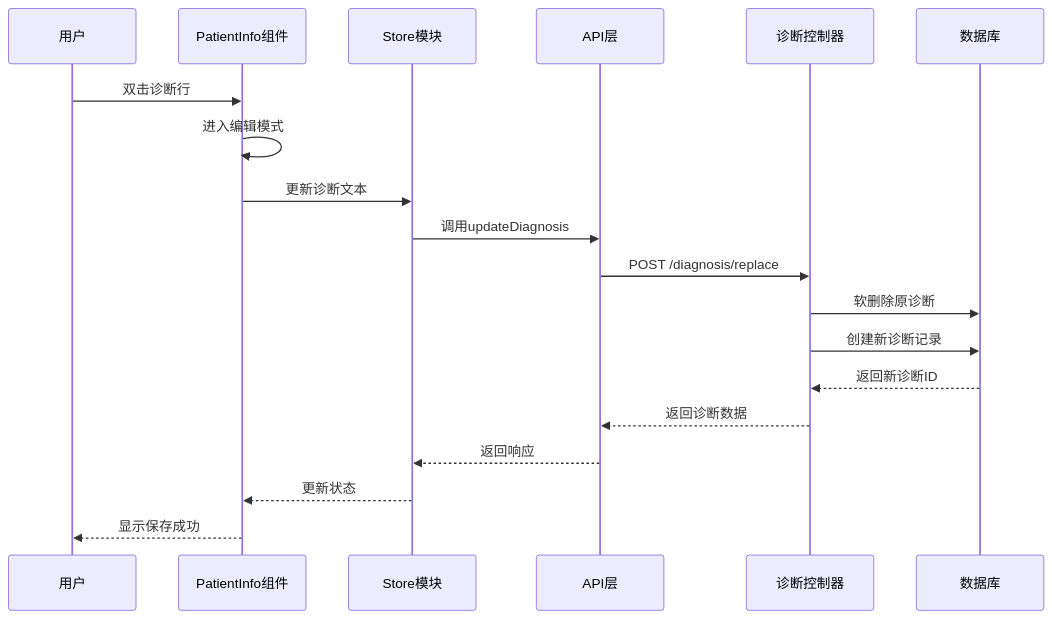
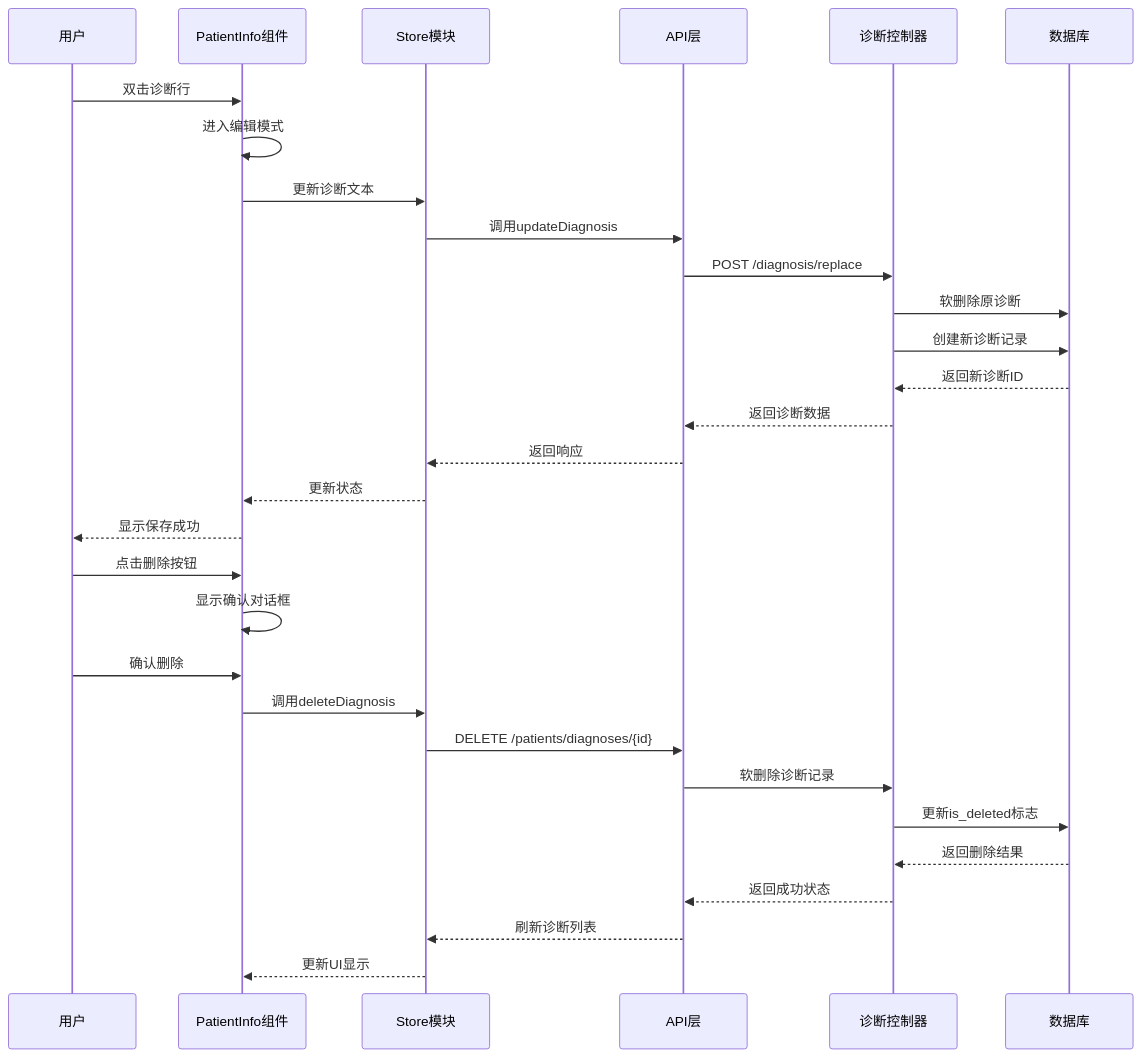
One commit to liuzh2008/med_ai_assistant_workspace changed the third of 6 diagrams in .qoder/repowiki/zh/content/核心功能模块/诊断编辑面板增强.md. Above: the diagram before and after it, drawn with Mermaid. The commit also changed other lines of this file and 2 other files, not shown here.

````diff
--- a/.qoder/repowiki/zh/content/核心功能模块/诊断编辑面板增强.md
+++ b/.qoder/repowiki/zh/content/核心功能模块/诊断编辑面板增强.md
@@ -179,21 +202,32 @@
 ```mermaid
 sequenceDiagram
 participant U as 用户
 participant PI as PatientInfo组件
 participant ST as Store模块
 participant API as API层
 participant DC as 诊断控制器
 participant DB as 数据库
 U->>PI : 双击诊断行
 PI->>PI : 进入编辑模式
 PI->>ST : 更新诊断文本
 ST->>API : 调用updateDiagnosis
 API->>DC : POST /diagnosis/replace
 DC->>DB : 软删除原诊断
 DC->>DB : 创建新诊断记录
 DB-->>DC : 返回新诊断ID
 DC-->>API : 返回诊断数据
 API-->>ST : 返回响应
 ST-->>PI : 更新状态
 PI-->>U : 显示保存成功
+U->>PI : 点击删除按钮
+PI->>PI : 显示确认对话框
+U->>PI : 确认删除
+PI->>ST : 调用deleteDiagnosis
+ST->>API : DELETE /patients/diagnoses/{id}
+API->>DC : 软删除诊断记录
+DC->>DB : 更新is_deleted标志
+DB-->>DC : 返回删除结果
+DC-->>API : 返回成功状态
+API-->>ST : 刷新诊断列表
+ST-->>PI : 更新UI显示
 ```
````
